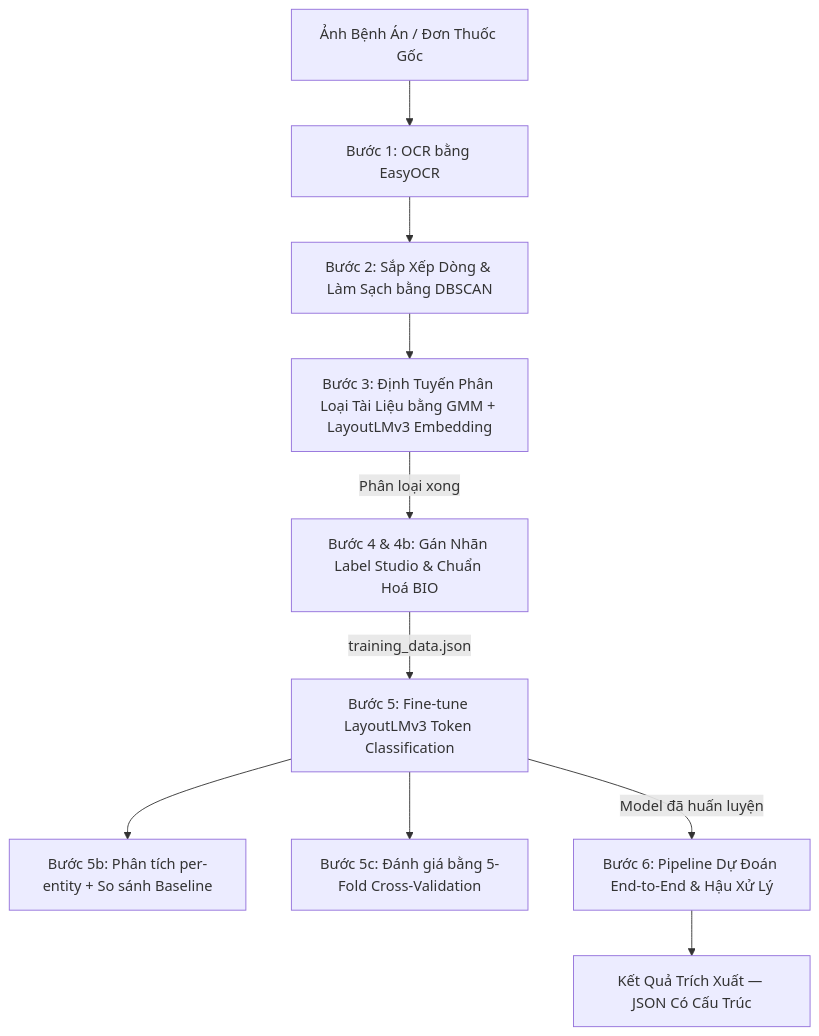
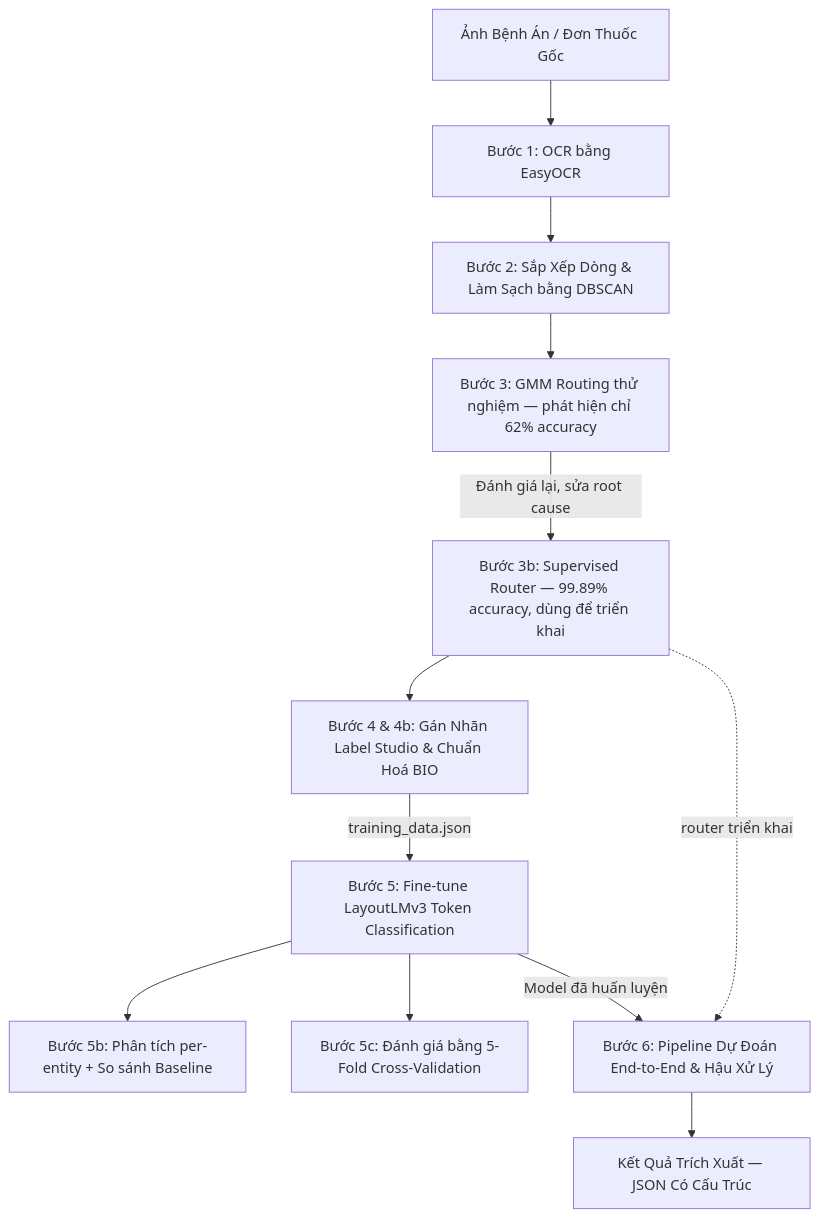
The diagram in README.md (HoangDuyet2005/NCKH_2026_LAYOUTLM_DBCSCAN_GMM), drawn with Mermaid before and after one commit. The commit also changed other lines of this file and 2 other files, not shown here.

Commit message:
Sửa lỗi GMM router, thêm bộ định tuyến giám sát mới

````diff
--- a/README.md
+++ b/README.md
@@ -24,12 +26,14 @@
 ```mermaid
 graph TD
     A[Ảnh Bệnh Án / Đơn Thuốc Gốc] --> B[Bước 1: OCR bằng EasyOCR]
     B --> C[Bước 2: Sắp Xếp Dòng & Làm Sạch bằng DBSCAN]
-    C --> D[Bước 3: Định Tuyến Phân Loại Tài Liệu bằng GMM + LayoutLMv3 Embedding]
-    D -->|Phân loại xong| E[Bước 4 & 4b: Gán Nhãn Label Studio & Chuẩn Hoá BIO]
+    C --> D[Bước 3: GMM Routing thử nghiệm — phát hiện chỉ 62% accuracy]
+    D -->|Đánh giá lại, sửa root cause| D2[Bước 3b: Supervised Router — 99.89% accuracy, dùng để triển khai]
+    D2 --> E[Bước 4 & 4b: Gán Nhãn Label Studio & Chuẩn Hoá BIO]
     E -->|training_data.json| F[Bước 5: Fine-tune LayoutLMv3 Token Classification]
     F --> F1[Bước 5b: Phân tích per-entity + So sánh Baseline]
     F --> F2[Bước 5c: Đánh giá bằng 5-Fold Cross-Validation]
     F -->|Model đã huấn luyện| G[Bước 6: Pipeline Dự Đoán End-to-End & Hậu Xử Lý]
+    D2 -.router triển khai.-> G
     G --> H[Kết Quả Trích Xuất — JSON Có Cấu Trúc]
 ```
````
